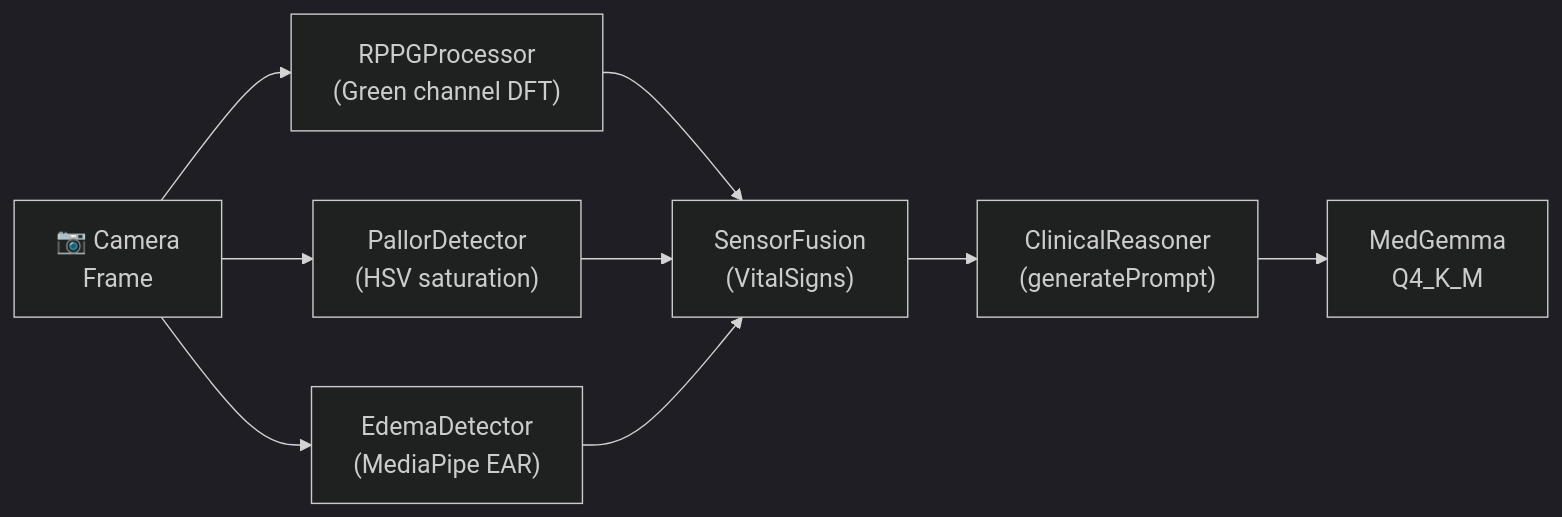
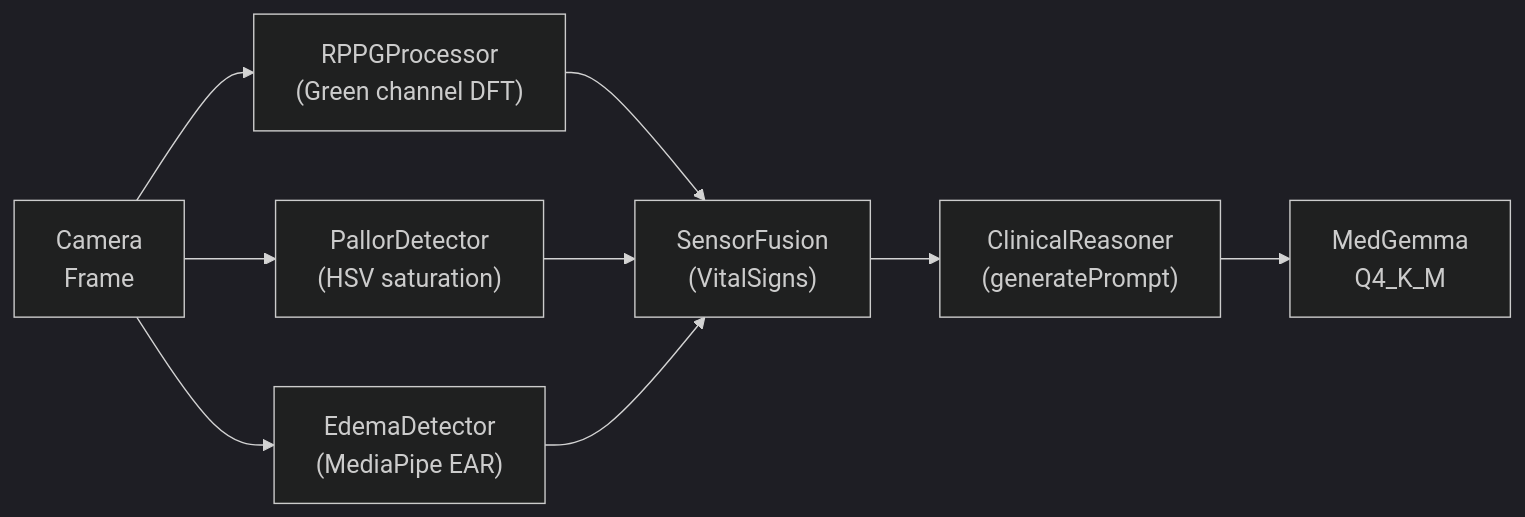
Before and after one commit to Elormyevu/nku-medgemma-conversion: the diagram in kaggle_submission_appendix.md, drawn with Mermaid. The commit also changed other lines of this file and 24 other files, not shown here.

````diff
--- a/kaggle_submission_appendix.md
+++ b/kaggle_submission_appendix.md
@@ -708,12 +710,12 @@
 ```mermaid
 %%{init: {'theme':'dark', 'themeVariables':{'fontSize':'18px'}}}%%
 graph LR
-    A["📷 Camera\nFrame"] --> B["RPPGProcessor\n(Green channel DFT)"]
+    A[" Camera\nFrame"] --> B["RPPGProcessor\n(Green channel DFT)"]
     A --> C["PallorDetector\n(HSV saturation)"]
     A --> D["EdemaDetector\n(MediaPipe EAR)"]
     B --> E["SensorFusion\n(VitalSigns)"]
     C --> E
     D --> E
     E --> F["ClinicalReasoner\n(generatePrompt)"]
     F --> G["MedGemma\nQ4_K_M"]
 ```
````
